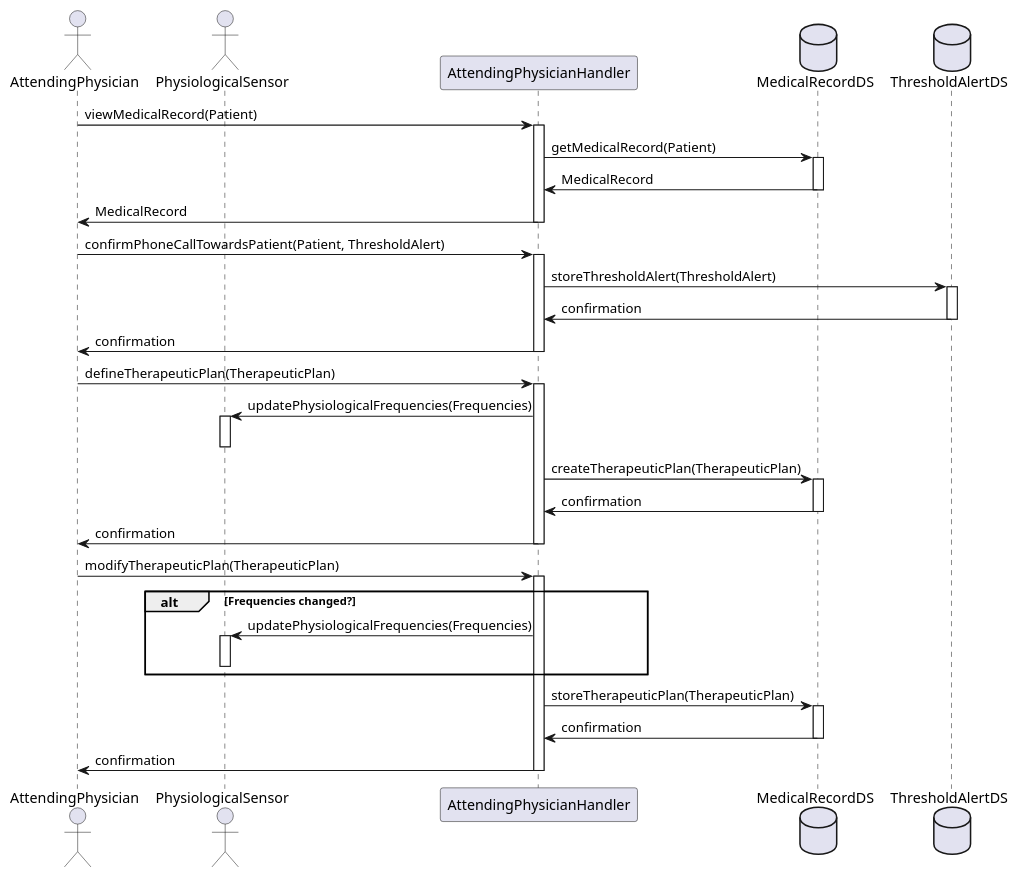
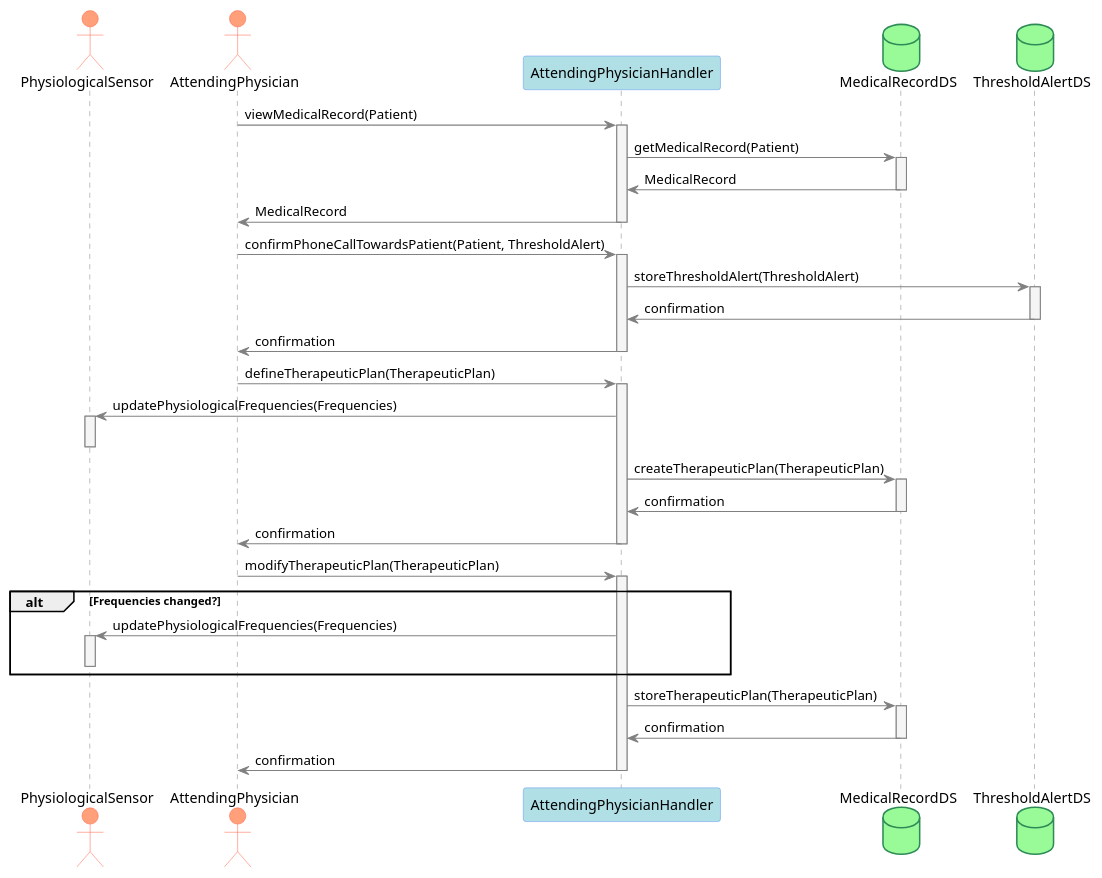
The diagram in diagrams/sequence-diagrams/attending_phy_handler.wsd (koalas11/Software-Architecture-Project), drawn with PlantUML before and after one commit. The commit also changed 6 other files, not shown here.

Commit message:
chore: changed sequence diagram colors

```diff
--- a/diagrams/sequence-diagrams/attending_phy_handler.wsd
+++ b/diagrams/sequence-diagrams/attending_phy_handler.wsd
@@ -1,37 +1,52 @@
-@startuml alerts
+@startuml attending_phy_handler
+
+skinparam sequence {
+ArrowColor Gray
+LifeLineBorderColor Gray
+LifeLineBackgroundColor WhiteSmoke
+
+ActorBorderColor Tomato
+ActorBackgroundColor LightSalmon
+
+ParticipantBackgroundColor PowderBlue
+ParticipantBorderColor CornflowerBlue
+}
+skinparam DatabaseBorderColor SeaGreen
+skinparam DatabaseBackgroundColor PaleGreen
+
+actor PhysiologicalSensor as PS
 actor AttendingPhysician
-actor PhysiologicalSensor as PS
 participant AttendingPhysicianHandler as APH
 database MedicalRecordDS
 database ThresholdAlertDS
 
 AttendingPhysician -> APH ++ : viewMedicalRecord(Patient)
 APH -> MedicalRecordDS ++ : getMedicalRecord(Patient)
 APH <- MedicalRecordDS -- : MedicalRecord
 
 AttendingPhysician <- APH -- : MedicalRecord
 
 AttendingPhysician -> APH ++ : confirmPhoneCallTowardsPatient(Patient, ThresholdAlert)
 APH -> ThresholdAlertDS ++ : storeThresholdAlert(ThresholdAlert)
 APH <- ThresholdAlertDS -- : confirmation
 AttendingPhysician <- APH -- : confirmation
 
 AttendingPhysician -> APH ++ : defineTherapeuticPlan(TherapeuticPlan)
 APH -> PS ++ : updatePhysiologicalFrequencies(Frequencies)
 deactivate PS
 APH -> MedicalRecordDS ++ : createTherapeuticPlan(TherapeuticPlan)
 APH <- MedicalRecordDS -- : confirmation
 
 AttendingPhysician <- APH -- : confirmation
 
 AttendingPhysician -> APH ++ : modifyTherapeuticPlan(TherapeuticPlan)
 alt Frequencies changed?
   APH -> PS ++ : updatePhysiologicalFrequencies(Frequencies)
   deactivate PS
 end
 APH -> MedicalRecordDS ++ : storeTherapeuticPlan(TherapeuticPlan)
 APH <- MedicalRecordDS -- : confirmation
 AttendingPhysician <- APH -- : confirmation
 
 
 @enduml
```
